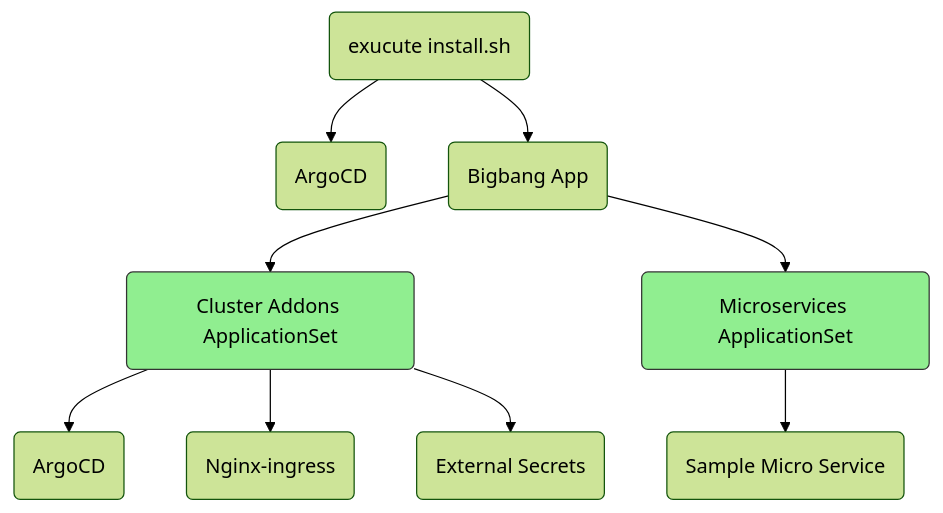
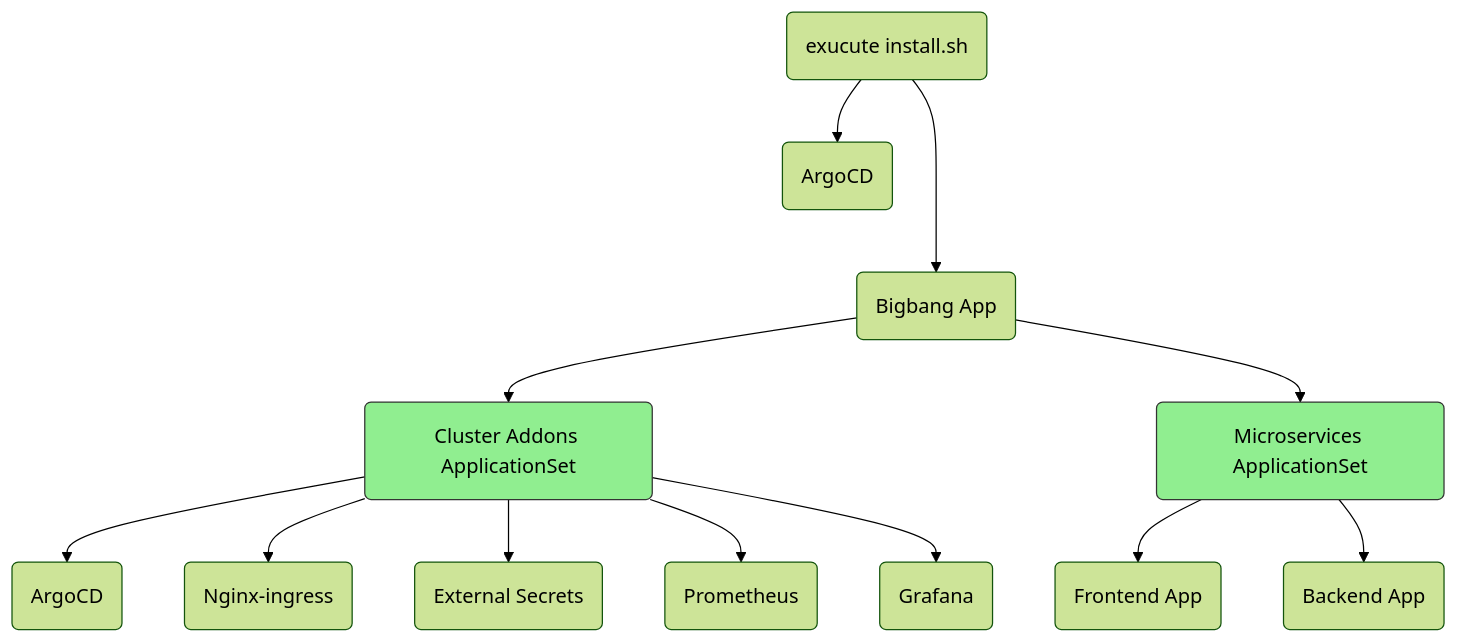
Before and after one commit to argo-universe/argo-bigbang: the first of 2 diagrams in README.md, drawn with Mermaid (forest theme). The commit also changed other lines of this file, not shown here.

````diff
--- a/README.md
+++ b/README.md
@@ -22,14 +22,18 @@
 ```mermaid
 graph TD
     style CA fill:lightgreen,stroke:#333,stroke-width:1px
     style MS fill:lightgreen,stroke:#333,stroke-width:1px
 
     A(exucute install.sh) --> B(ArgoCD)
-    A--> BB(Bigbang App)
+    A---> BB(Bigbang App)
     BB --> CA(Cluster Addons ApplicationSet)
     BB --> MS(Microservices ApplicationSet)
     CA--> AC(ArgoCD)
     CA--> ING(Nginx-ingress)
     CA--> ES(External Secrets)
-    MS--> SA(Sample Micro Service)
+    CA--> RM(Prometheus)
+    CA--> GF(Grafana)
+    
+    MS--> FE(Frontend App)
+    MS--> BE(Backend App)
 ```
````
